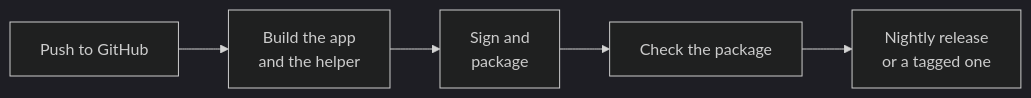
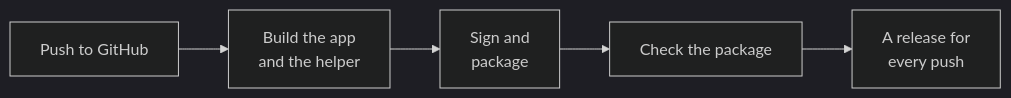
One commit to m9z2w4d8vw-blip/Caz changed the third of 3 diagrams in README.md. Above: the diagram before and after it, drawn with Mermaid (dark theme). The commit also changed other lines of this file and 8 other files, not shown here.

````diff
--- a/README.md
+++ b/README.md
@@ -265,4 +293,4 @@
 ```mermaid
 flowchart LR
-    push["Push to GitHub"] --> app["Build the app<br/>and the helper"] --> sign["Sign and<br/>package"] --> check["Check the package"] --> rel["Nightly release<br/>or a tagged one"]
+    push["Push to GitHub"] --> app["Build the app<br/>and the helper"] --> sign["Sign and<br/>package"] --> check["Check the package"] --> rel["A release for<br/>every push"]
 ```
````
